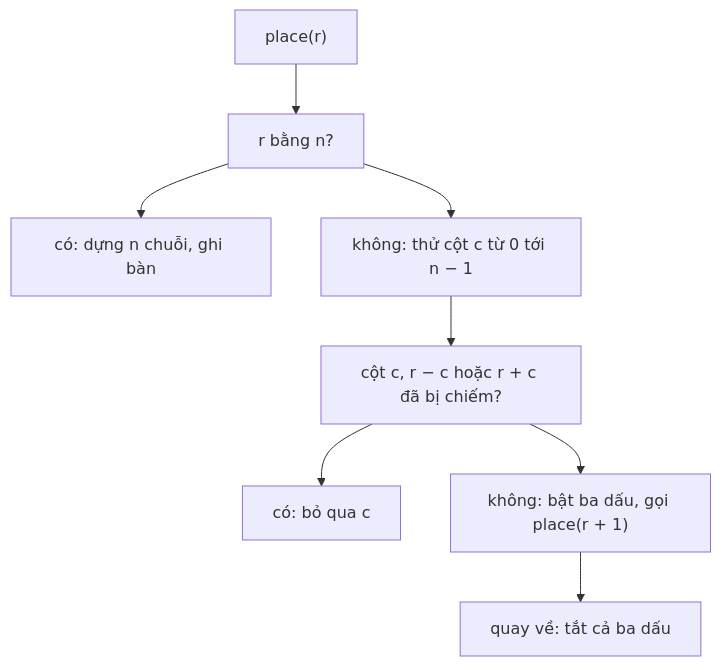
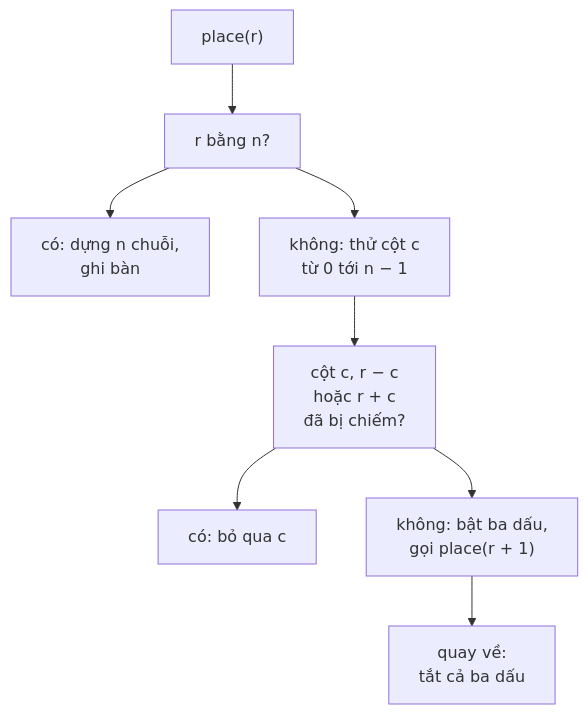
The second of 2 diagrams in content/problems/n-queens.md (duongbui234/software-engineering-atlas), drawn with Mermaid before and after one commit. The commit also changed 134 other files, not shown here.

First line of the commit message:
Fit every Mermaid diagram at 390px without sideways scroll (#56)

````diff
--- a/content/problems/n-queens.md
+++ b/content/problems/n-queens.md
@@ -94,16 +94,16 @@
 ```mermaid
 flowchart TB
   P["place(r)"]
   Q["r bằng n?"]
-  W["có: dựng n chuỗi, ghi bàn"]
-  L["không: thử cột c từ 0 tới n − 1"]
-  X["cột c, r − c hoặc r + c đã bị chiếm?"]
+  W["có: dựng n chuỗi,<br/>ghi bàn"]
+  L["không: thử cột c<br/>từ 0 tới n − 1"]
+  X["cột c, r − c<br/>hoặc r + c<br/>đã bị chiếm?"]
   S["có: bỏ qua c"]
-  M["không: bật ba dấu, gọi place(r + 1)"]
-  U["quay về: tắt cả ba dấu"]
+  M["không: bật ba dấu,<br/>gọi place(r + 1)"]
+  U["quay về:<br/>tắt cả ba dấu"]
   P --> Q
   Q --> W
   Q --> L --> X
   X --> S
   X --> M --> U
 ```
````
